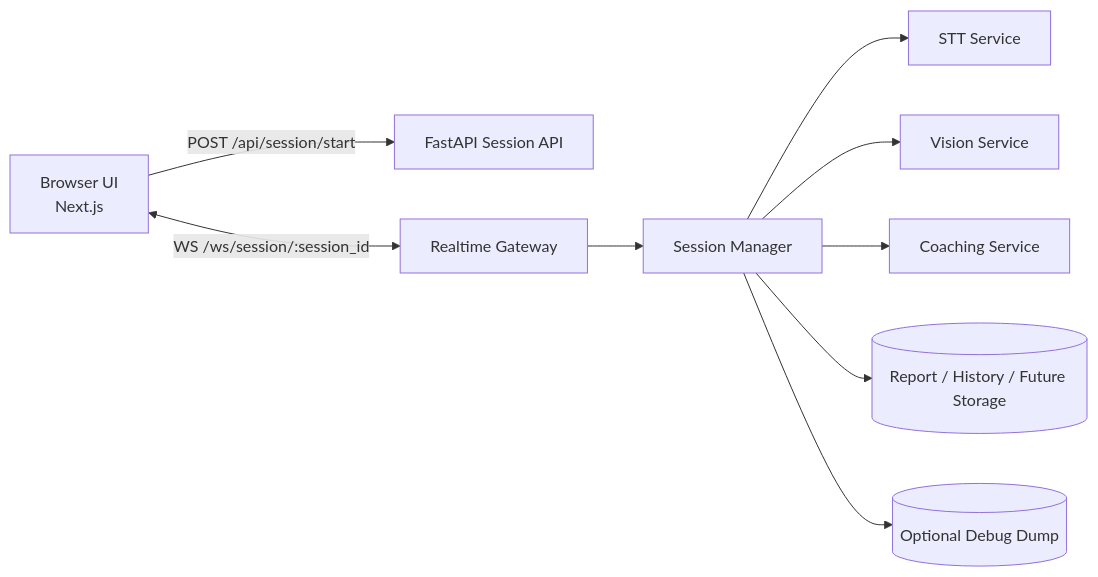
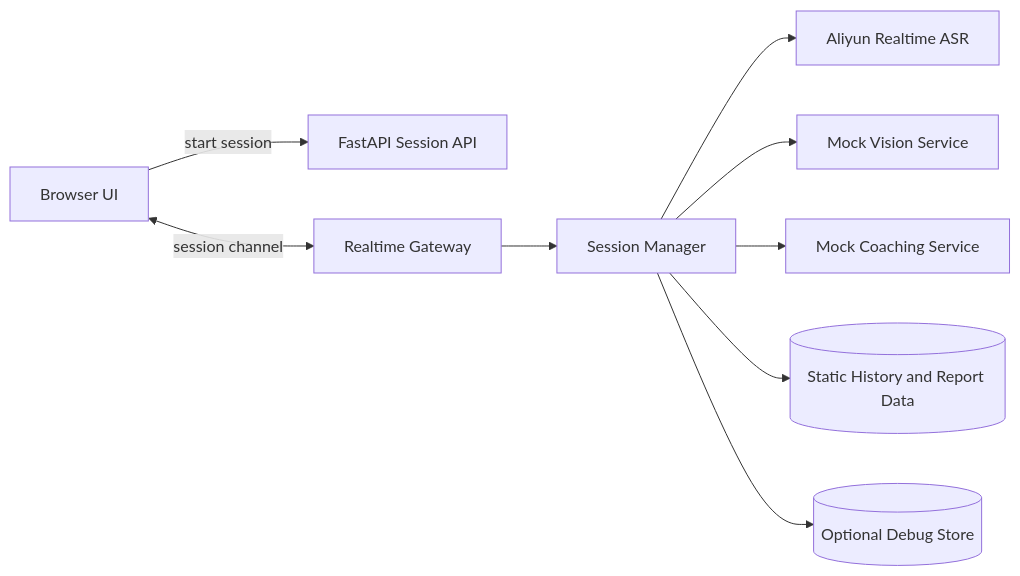
The diagram in README.md (Nigel-yuan/speak_up), drawn with Mermaid before and after one commit. The commit also changed other lines of this file and 18 other files, not shown here.

````diff
--- a/README.md
+++ b/README.md
@@ -241,11 +260,11 @@
 ```mermaid
 flowchart LR
-    A[Browser UI\nNext.js] -->|POST /api/session/start| B[FastAPI Session API]
-    A <-->|WS /ws/session/:session_id| C[Realtime Gateway]
+    A[Browser UI] -->|start session| B[FastAPI Session API]
+    A <-->|session channel| C[Realtime Gateway]
     C --> D[Session Manager]
-    D --> E[STT Service]
-    D --> F[Vision Service]
-    D --> G[Coaching Service]
-    D --> H[(Report / History / Future Storage)]
-    D --> I[(Optional Debug Dump)]
+    D --> E[Aliyun Realtime ASR]
+    D --> F[Mock Vision Service]
+    D --> G[Mock Coaching Service]
+    D --> H[(Static History and Report Data)]
+    D --> I[(Optional Debug Store)]
 ```
````
